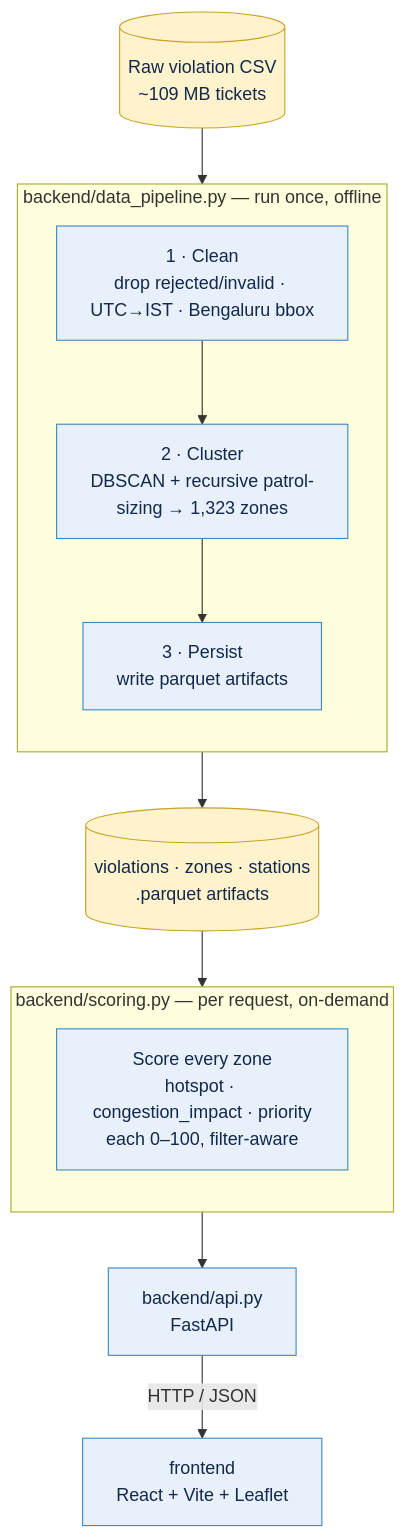
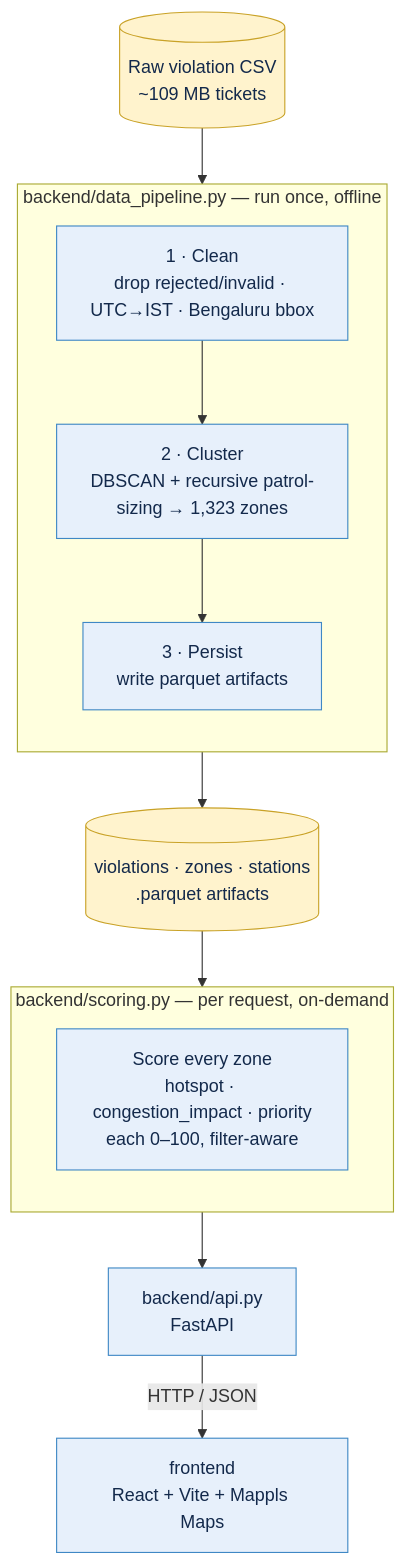
The diagram in README.md (Priyanshu-2005/bengaluru-parking-intelligence), drawn with Mermaid before and after one commit. The commit also changed other lines of this file and 5 other files, not shown here.

First line of the commit message:
Clean up after Mappls migration: drop Leaflet deps, update docs

````diff
--- a/README.md
+++ b/README.md
@@ -99,33 +99,33 @@
 ```mermaid
 flowchart TB
     CSV[("Raw violation CSV<br/>~109 MB tickets")]
 
     subgraph OFFLINE["backend/data_pipeline.py — run once, offline"]
         direction TB
         C1["1 · Clean<br/>drop rejected/invalid · UTC→IST · Bengaluru bbox"]
         C2["2 · Cluster<br/>DBSCAN + recursive patrol-sizing → 1,323 zones"]
         C3["3 · Persist<br/>write parquet artifacts"]
         C1 --> C2 --> C3
     end
 
     ART[("violations · zones · stations<br/>.parquet artifacts")]
 
     subgraph RUNTIME["backend/scoring.py — per request, on-demand"]
         direction TB
         S["Score every zone<br/>hotspot · congestion_impact · priority<br/>each 0–100, filter-aware"]
     end
 
     API["backend/api.py<br/>FastAPI"]
-    FE["frontend<br/>React + Vite + Leaflet"]
+    FE["frontend<br/>React + Vite + Mappls Maps"]
 
     CSV --> C1
     C3 --> ART
     ART --> S
     S --> API
     API -->|HTTP / JSON| FE
 
     classDef store fill:#fff3cd,stroke:#c9a227,color:#13294b;
     classDef proc fill:#e7f0fb,stroke:#3f88c5,color:#13294b;
     class CSV,ART store;
     class C1,C2,C3,S,API,FE proc;
 ```
````
